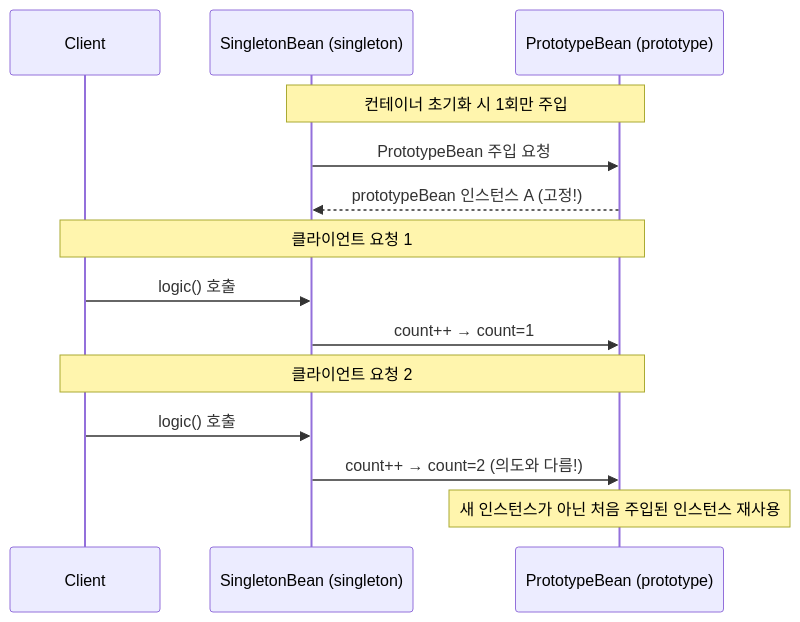
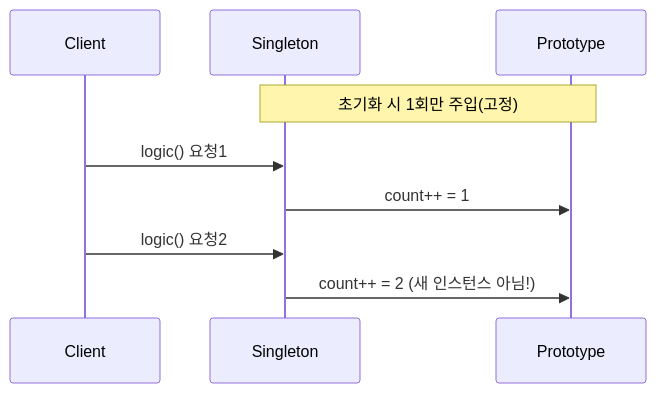
One commit to yjkim2015/yjkim2015.github.io changed the eighth of 13 diagrams in _posts/spring/2026-05-02-spring-core-basic.md. Above: the diagram before and after it, drawn with Mermaid. The commit also changed other lines of this file and 215 other files, not shown here.

First line of the commit message:
신규 포스트 10개 추가 + Mermaid 전면 축소 + SystemDesign 시리즈 보강

````diff
--- a/_posts/spring/2026-05-02-spring-core-basic.md
+++ b/_posts/spring/2026-05-02-spring-core-basic.md
@@ -626,19 +531,11 @@
 ```mermaid
 sequenceDiagram
     participant Client
-    participant Singleton as SingletonBean (singleton)
-    participant Prototype as PrototypeBean (prototype)
-
-    Note over Singleton,Prototype: 컨테이너 초기화 시 1회만 주입
-    Singleton->>Prototype: PrototypeBean 주입 요청
-    Prototype-->>Singleton: prototypeBean 인스턴스 A (고정!)
-
-    Note over Client,Prototype: 클라이언트 요청 1
-    Client->>Singleton: logic() 호출
-    Singleton->>Prototype: count++ → count=1
-
-    Note over Client,Prototype: 클라이언트 요청 2
-    Client->>Singleton: logic() 호출
-    Singleton->>Prototype: count++ → count=2 (의도와 다름!)
-    Note over Prototype: 새 인스턴스가 아닌 처음 주입된 인스턴스 재사용
+    participant Singleton
+    participant Prototype
+    Note over Singleton,Prototype: 초기화 시 1회만 주입(고정)
+    Client->>Singleton: logic() 요청1
+    Singleton->>Prototype: count++ = 1
+    Client->>Singleton: logic() 요청2
+    Singleton->>Prototype: count++ = 2 (새 인스턴스 아님!)
 ```
````
